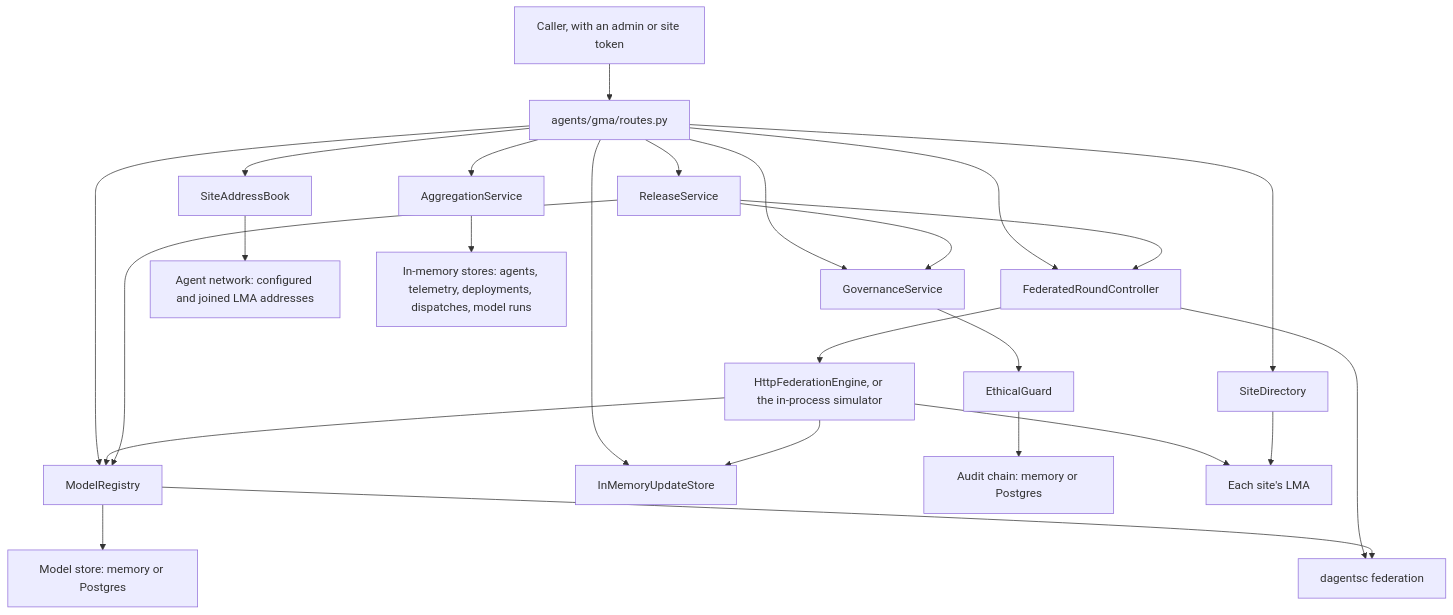
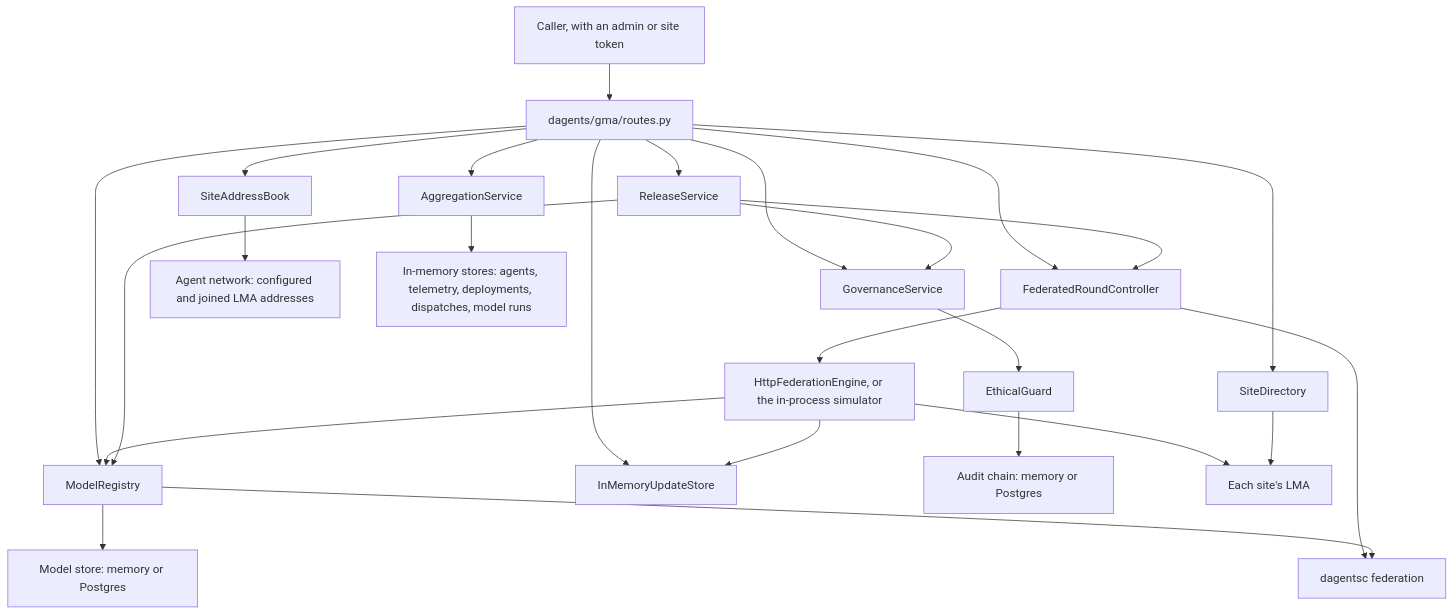
One commit to pradyunuydarp/Dagents changed the eighth of 12 diagrams in docs/reference/api/agents.md. Above: the diagram before and after it, drawn with Mermaid. The commit also changed other lines of this file and 366 other files, not shown here.

First line of the commit message:
Rename the agents package to dagents

````diff
--- a/docs/reference/api/agents.md
+++ b/docs/reference/api/agents.md
@@ -1546,27 +1546,27 @@
 ```mermaid
 flowchart TB
-    Caller["Caller, with an admin or site token"] --> Routes["agents/gma/routes.py"]
+    Caller["Caller, with an admin or site token"] --> Routes["dagents/gma/routes.py"]
     Routes --> Aggregation["AggregationService"]
     Routes --> Governance["GovernanceService"]
     Routes --> Rounds["FederatedRoundController"]
     Routes --> Directory["SiteDirectory"]
     Routes --> Models["ModelRegistry"]
     Routes --> Updates["InMemoryUpdateStore"]
     Routes --> Releases["ReleaseService"]
     Routes --> Addresses["SiteAddressBook"]
     Addresses --> Network["Agent network: configured and joined LMA addresses"]
     Aggregation --> Stores["In-memory stores: agents, telemetry, deployments, dispatches, model runs"]
     Governance --> Guard["EthicalGuard"]
     Guard --> Audit["Audit chain: memory or Postgres"]
     Rounds --> Engine["HttpFederationEngine, or the in-process simulator"]
     Engine --> LMAs["Each site's LMA"]
     Engine --> Updates
     Engine --> Models
     Directory --> LMAs
     Models --> ModelStore["Model store: memory or Postgres"]
     Releases --> Rounds
     Releases --> Models
     Releases --> Governance
     Rounds --> Federation["dagentsc federation"]
     Models --> Federation
 ```
````
